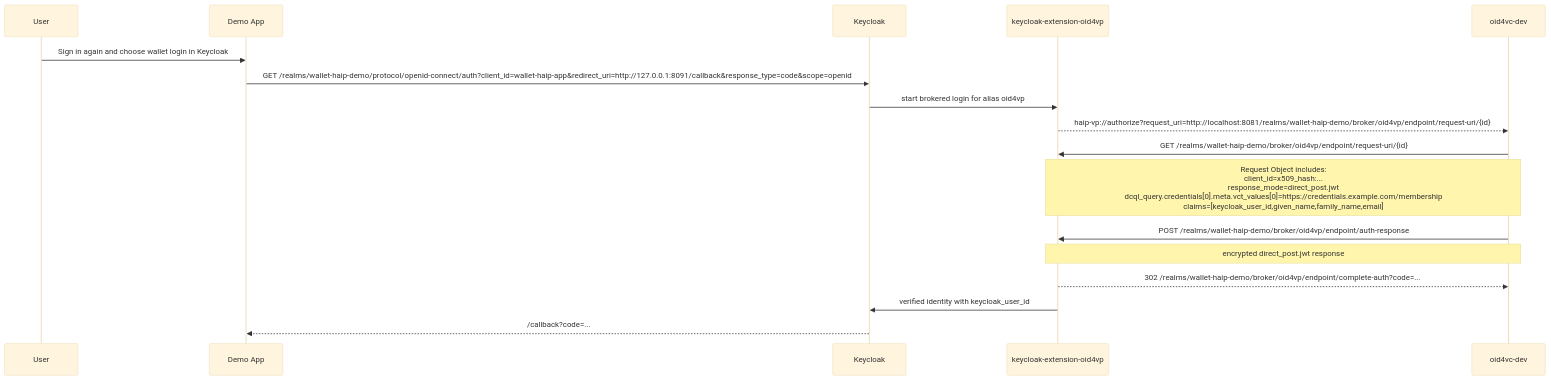
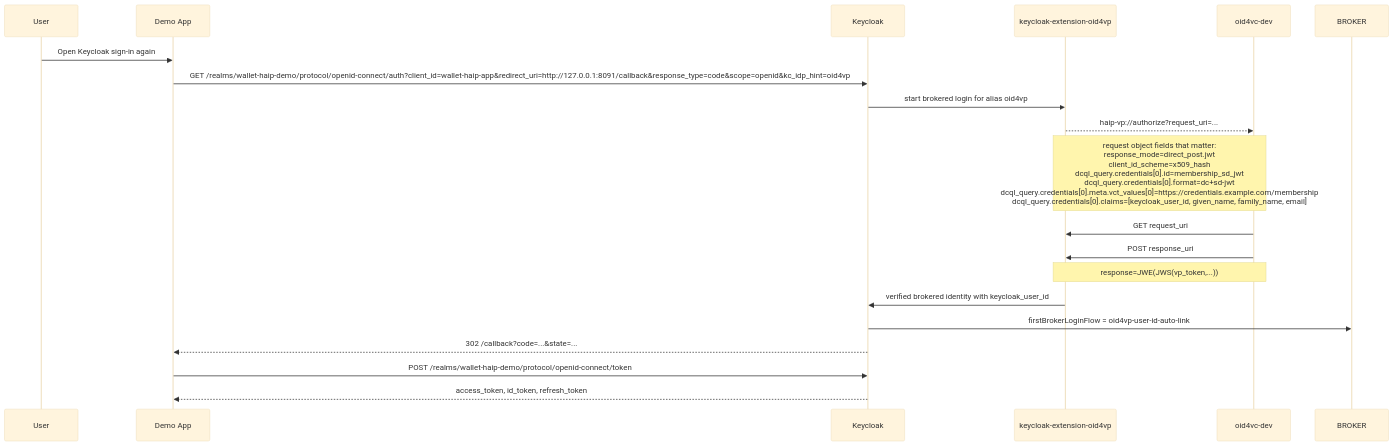
The third of 3 diagrams in examples/keycloak-issuer-verifier-haip-app/README.md (dominikschlosser/ssi-debugger), drawn with Mermaid (base theme) before and after one commit. The commit also changed other lines of this file and 8 other files, not shown here.

Commit message:
fix: haip structure and running wallet accept if instance is already running

````diff
--- a/examples/keycloak-issuer-verifier-haip-app/README.md
+++ b/examples/keycloak-issuer-verifier-haip-app/README.md
@@ -75,21 +85,24 @@
 ```mermaid
 sequenceDiagram
     participant U as User
     participant APP as Demo App
     participant KC as Keycloak
     participant EXT as keycloak-extension-oid4vp
     participant W as oid4vc-dev
 
-    U->>APP: Sign in again and choose wallet login in Keycloak
-    APP->>KC: GET /realms/wallet-haip-demo/protocol/openid-connect/auth?client_id=wallet-haip-app&redirect_uri=http://127.0.0.1:8091/callback&response_type=code&scope=openid
+    U->>APP: Open Keycloak sign-in again
+    APP->>KC: GET /realms/wallet-haip-demo/protocol/openid-connect/auth?client_id=wallet-haip-app&redirect_uri=http://127.0.0.1:8091/callback&response_type=code&scope=openid&kc_idp_hint=oid4vp
     KC->>EXT: start brokered login for alias oid4vp
-    EXT-->>W: haip-vp://authorize?request_uri=http://localhost:8081/realms/wallet-haip-demo/broker/oid4vp/endpoint/request-uri/{id}
+    EXT-->>W: haip-vp://authorize?request_uri=...
+    Note over EXT,W: request object fields that matter:<br/>response_mode=direct_post.jwt<br/>client_id_scheme=x509_hash<br/>dcql_query.credentials[0].id=membership_sd_jwt<br/>dcql_query.credentials[0].format=dc+sd-jwt<br/>dcql_query.credentials[0].meta.vct_values[0]=https://credentials.example.com/membership<br/>dcql_query.credentials[0].claims=[keycloak_user_id, given_name, family_name, email]
 
-    W->>EXT: GET /realms/wallet-haip-demo/broker/oid4vp/endpoint/request-uri/{id}
-    Note over W,EXT: Request Object includes:<br/>client_id=x509_hash:...<br/>response_mode=direct_post.jwt<br/>dcql_query.credentials[0].meta.vct_values[0]=https://credentials.example.com/membership<br/>claims=[keycloak_user_id,given_name,family_name,email]
-    W->>EXT: POST /realms/wallet-haip-demo/broker/oid4vp/endpoint/auth-response
-    Note over W,EXT: encrypted direct_post.jwt response
-    EXT-->>W: 302 /realms/wallet-haip-demo/broker/oid4vp/endpoint/complete-auth?code=...
-    EXT->>KC: verified identity with keycloak_user_id
-    KC-->>APP: /callback?code=...
+    W->>EXT: GET request_uri
+    W->>EXT: POST response_uri
+    Note over W,EXT: response=JWE(JWS(vp_token,...))
+
+    EXT->>KC: verified brokered identity with keycloak_user_id
+    KC->>BROKER: firstBrokerLoginFlow = oid4vp-user-id-auto-link
+    KC-->>APP: 302 /callback?code=...&state=...
+    APP->>KC: POST /realms/wallet-haip-demo/protocol/openid-connect/token
+    KC-->>APP: access_token, id_token, refresh_token
 ```
````
